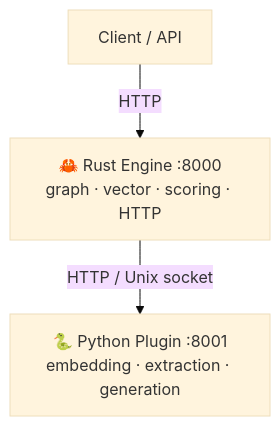
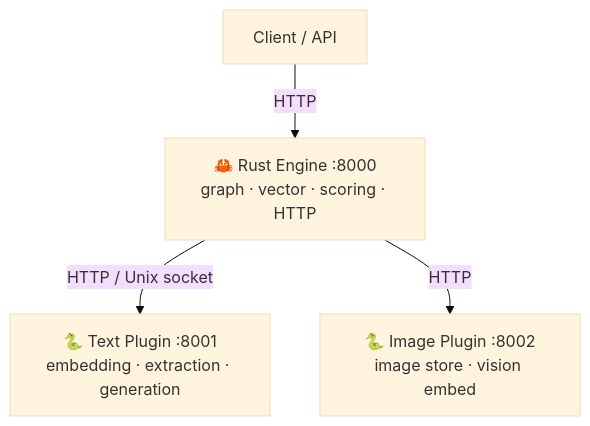
Before and after one commit to khapu2906/LinkingMem: the first of 5 diagrams in docs/ARCHITECTURE.md, drawn with Mermaid (base theme). The commit also changed other lines of this file and 38 other files, not shown here.

````diff
--- a/docs/ARCHITECTURE.md
+++ b/docs/ARCHITECTURE.md
@@ -7,9 +7,11 @@
 ```mermaid
 graph TD
     Client["Client / API"]
     Rust["🦀 Rust Engine :8000<br/>graph · vector · scoring · HTTP"]
-    Python["🐍 Python Plugin :8001<br/>embedding · extraction · generation"]
+    Text["🐍 Text Plugin :8001<br/>embedding · extraction · generation"]
+    Image["🐍 Image Plugin :8002<br/>image store · vision embed"]
 
     Client -->|HTTP| Rust
-    Rust -->|"HTTP / Unix socket"| Python
+    Rust -->|"HTTP / Unix socket"| Text
+    Rust -->|HTTP| Image
 ```
````
